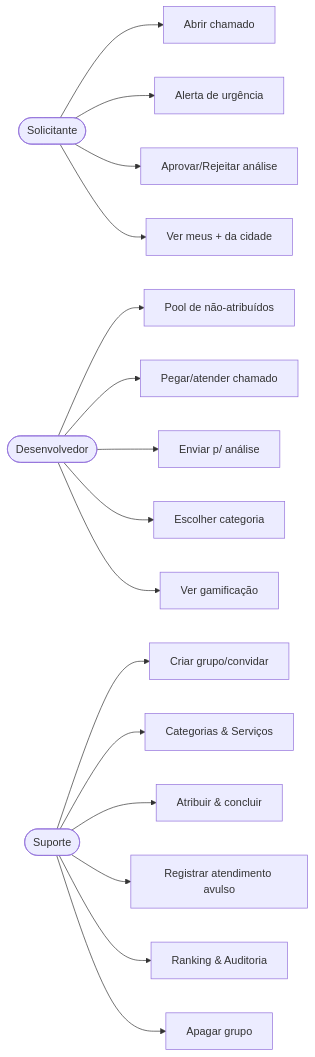
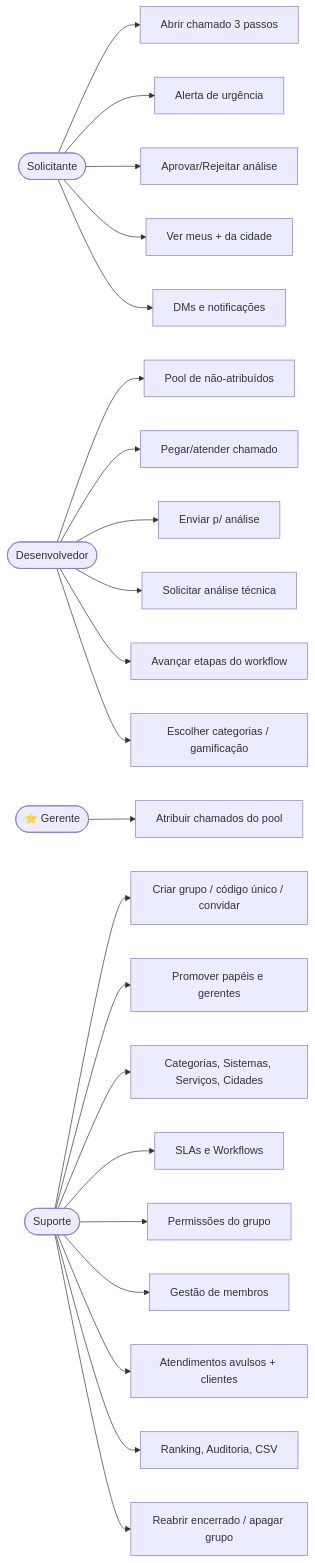
One commit to GuiPolezi/sys.req changed the third of 3 diagrams in docs/DESIGN.md. Above: the diagram before and after it, drawn with Mermaid. The commit also changed other lines of this file, not shown here.

````diff
--- a/docs/DESIGN.md
+++ b/docs/DESIGN.md
@@ -229,24 +368,32 @@
 ```mermaid
 flowchart LR
   SOL([Solicitante])
   DEV([Desenvolvedor])
+  GER([⭐ Gerente])
   SUP([Suporte])
 
-  SOL --> UC1[Abrir chamado]
+  SOL --> UC1[Abrir chamado 3 passos]
   SOL --> UC2[Alerta de urgência]
   SOL --> UC3[Aprovar/Rejeitar análise]
   SOL --> UC4[Ver meus + da cidade]
+  SOL --> UC5[DMs e notificações]
 
-  DEV --> UC5[Pool de não-atribuídos]
-  DEV --> UC6[Pegar/atender chamado]
-  DEV --> UC7[Enviar p/ análise]
-  DEV --> UC8[Escolher categoria]
-  DEV --> UC9[Ver gamificação]
+  DEV --> UC6[Pool de não-atribuídos]
+  DEV --> UC7[Pegar/atender chamado]
+  DEV --> UC8[Enviar p/ análise]
+  DEV --> UC9[Solicitar análise técnica]
+  DEV --> UC10[Avançar etapas do workflow]
+  DEV --> UC11[Escolher categorias / gamificação]
 
-  SUP --> UC10[Criar grupo/convidar]
-  SUP --> UC11[Categorias & Serviços]
-  SUP --> UC12[Atribuir & concluir]
-  SUP --> UC13[Registrar atendimento avulso]
-  SUP --> UC14[Ranking & Auditoria]
-  SUP --> UC15[Apagar grupo]
+  GER --> UC12[Atribuir chamados do pool]
+
+  SUP --> UC13[Criar grupo / código único / convidar]
+  SUP --> UC14[Promover papéis e gerentes]
+  SUP --> UC15[Categorias, Sistemas, Serviços, Cidades]
+  SUP --> UC16[SLAs e Workflows]
+  SUP --> UC17[Permissões do grupo]
+  SUP --> UC18[Gestão de membros]
+  SUP --> UC19[Atendimentos avulsos + clientes]
+  SUP --> UC20[Ranking, Auditoria, CSV]
+  SUP --> UC21[Reabrir encerrado / apagar grupo]
 ```
````
